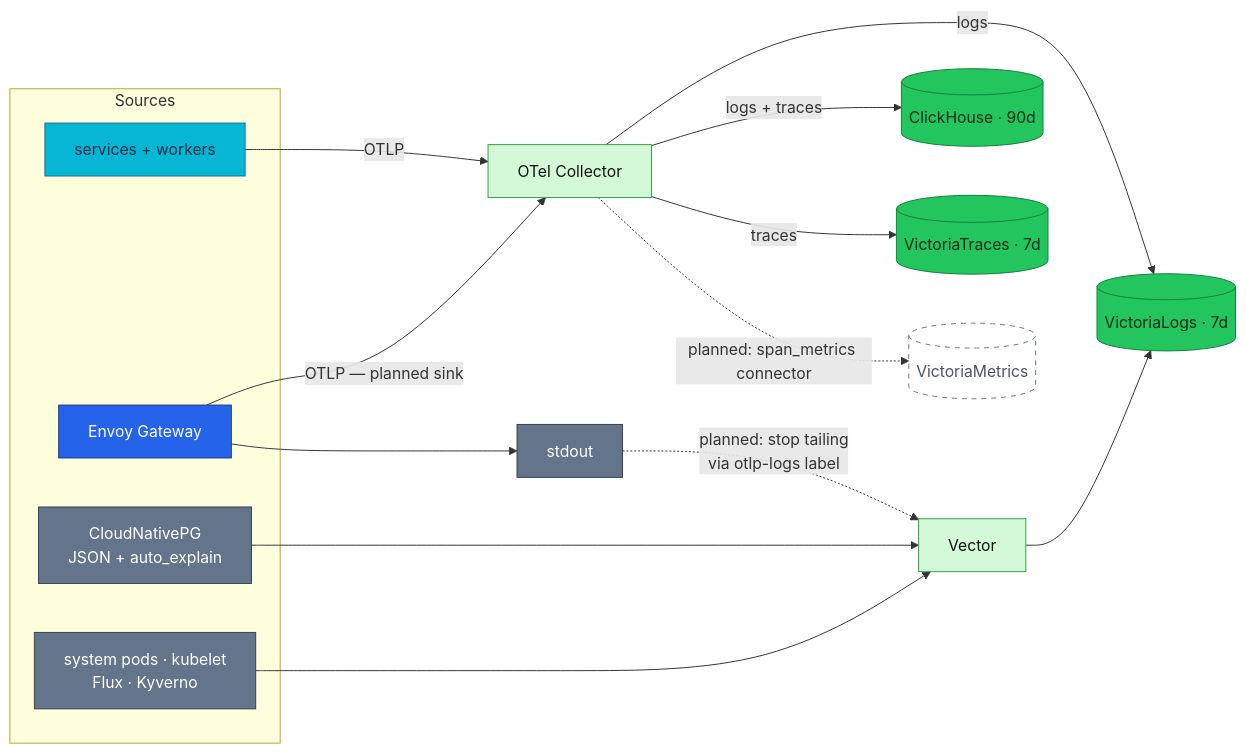
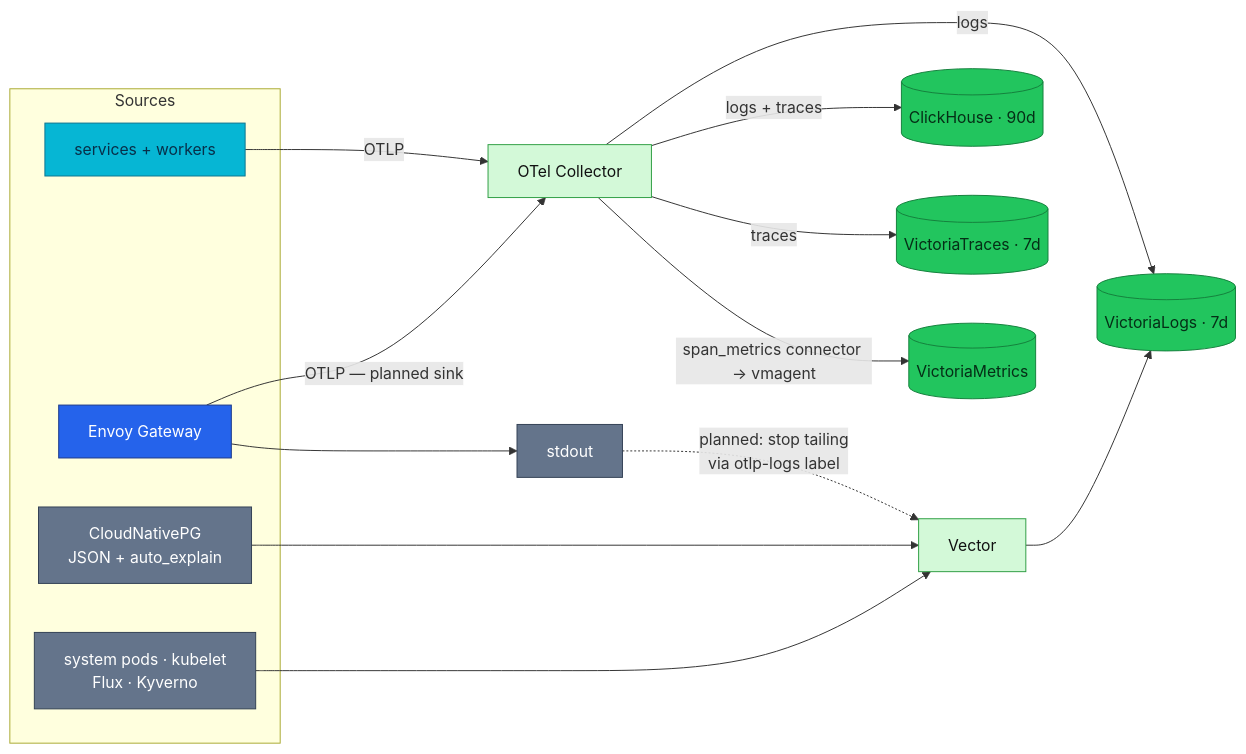
The second of 2 diagrams in docs/proposals/rfc/RFC-0027/research.md (duynhlab/homelab), drawn with Mermaid before and after one commit. The commit also changed other lines of this file and 2 other files, not shown here.

````diff
--- a/docs/proposals/rfc/RFC-0027/research.md
+++ b/docs/proposals/rfc/RFC-0027/research.md
@@ -391,36 +407,36 @@
 ```mermaid
 flowchart LR
   subgraph src["Sources"]
     APP["services + workers"]
     EG["Envoy Gateway"]
     PG["CloudNativePG<br/>JSON + auto_explain"]
     SYS["system pods · kubelet<br/>Flux · Kyverno"]
   end
 
   APP -->|OTLP| COL["OTel Collector"]
   EG -->|"OTLP — planned sink"| COL
   EG --> SO["stdout"]
   PG --> VEC["Vector"]
   SYS --> VEC
   SO -.->|"planned: stop tailing<br/>via otlp-logs label"| VEC
 
   COL -->|logs| VL[("VictoriaLogs · 7d")]
   COL -->|"logs + traces"| CH[("ClickHouse · 90d")]
   COL -->|traces| VT[("VictoriaTraces · 7d")]
   VEC --> VL
-  COL -.->|"planned: span_metrics connector"| VM[("VictoriaMetrics")]
+  COL -->|"span_metrics connector → vmagent"| VM[("VictoriaMetrics")]
 
   classDef service fill:#06b6d4,color:#082f49,stroke:#0e7490;
   classDef edge fill:#2563eb,color:#fff,stroke:#1e3a8a;
   classDef external fill:#64748b,color:#fff,stroke:#334155;
   classDef log fill:#d3f9d8,color:#111,stroke:#2f9e44;
   classDef data fill:#22c55e,color:#052e16,stroke:#15803d;
   classDef planned fill:#fff,color:#475569,stroke:#64748b,stroke-dasharray:5 5;
 
   class APP service;
   class EG edge;
   class PG,SYS,SO external;
   class COL,VEC log;
   class VL,CH,VT data;
-  class VM planned;
+  class VM data;
 ```
````
